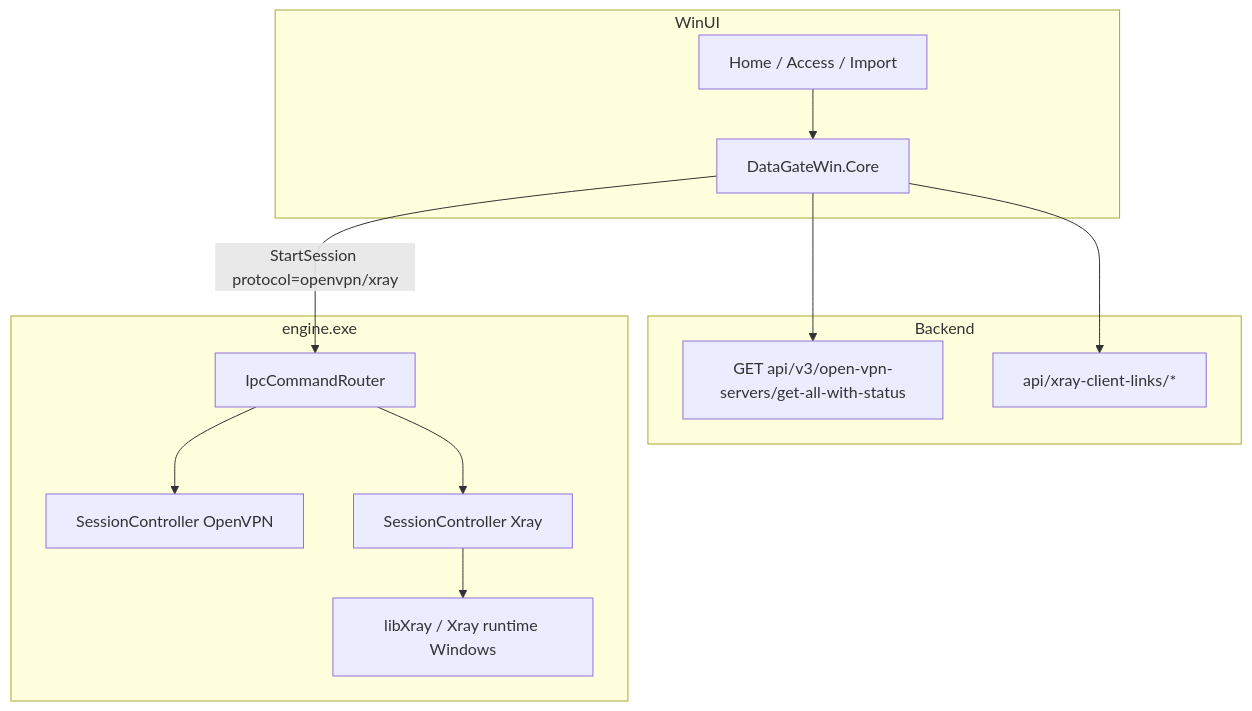
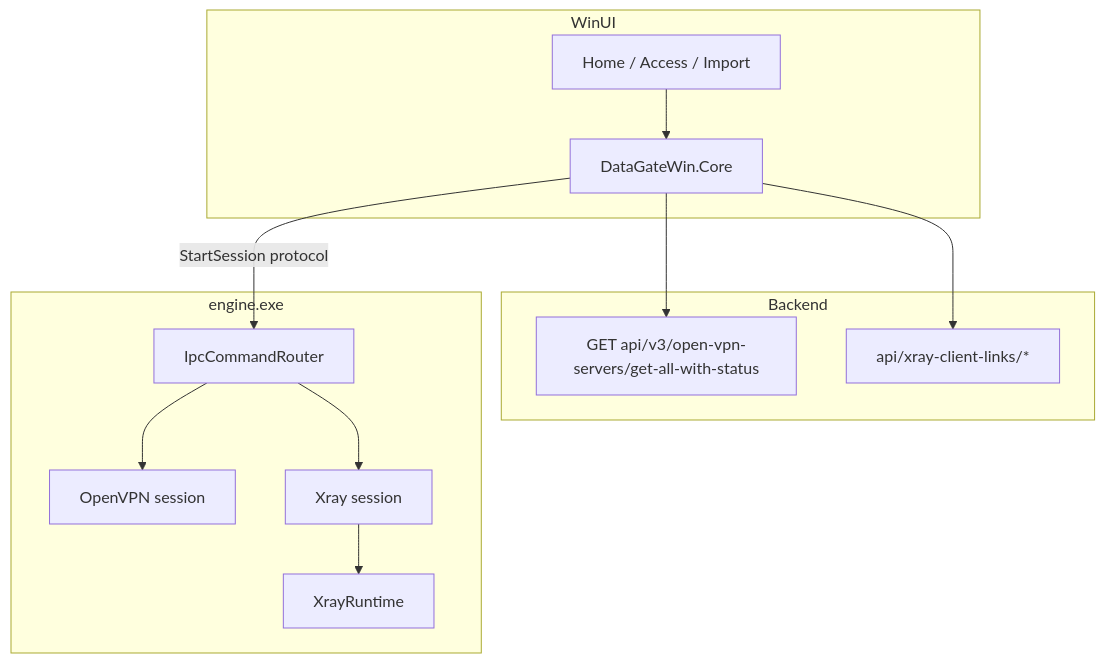
One commit to IMKolganov/DataGateWin changed the second of 2 diagrams in docs/XRAY_WINDOWS_INTEGRATION_PLAN.md. Above: the diagram before and after it, drawn with Mermaid. The commit also changed other lines of this file and 48 other files, not shown here.

````diff
--- a/docs/XRAY_WINDOWS_INTEGRATION_PLAN.md
+++ b/docs/XRAY_WINDOWS_INTEGRATION_PLAN.md
@@ -35,24 +73,24 @@
 ```mermaid
 flowchart TB
   subgraph ui [WinUI]
     Home[Home / Access / Import]
     Core[DataGateWin.Core]
   end
   subgraph api [Backend]
     V3["GET api/v3/open-vpn-servers/get-all-with-status"]
     XLinks["api/xray-client-links/*"]
   end
   subgraph eng [engine.exe]
     IPC[IpcCommandRouter]
-    OVPN[SessionController OpenVPN]
-    XraySess[SessionController Xray]
-    Lib["libXray / Xray runtime Windows"]
+    OVPN[OpenVPN session]
+    XraySess[Xray session]
+    Lib[XrayRuntime]
   end
   Home --> Core
   Core --> V3
   Core --> XLinks
-  Core -->|StartSession protocol=openvpn/xray| IPC
+  Core -->|StartSession protocol| IPC
   IPC --> OVPN
   IPC --> XraySess
   XraySess --> Lib
 ```
````
